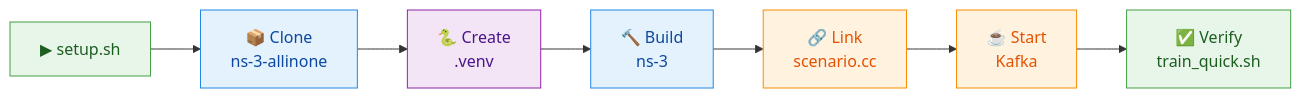
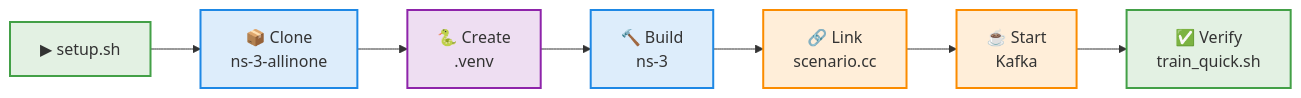
Before and after one commit to ishreyanshkumar/Radio-Cortex: the second of 4 diagrams in README.md, drawn with Mermaid. The commit also changed other lines of this file, not shown here.

````diff
--- a/README.md
+++ b/README.md
@@ -284,17 +284,17 @@
 ```mermaid
 flowchart LR
     A["▶ setup.sh"] --> B["📦 Clone\nns-3-allinone"]
     B --> C["🐍 Create\n.venv"]
     C --> D["🔨 Build\nns-3"]
     D --> E["🔗 Link\nscenario.cc"]
     E --> F["☕ Start\nKafka"]
     F --> G["✅ Verify\ntrain_quick.sh"]
 
-    style A fill:#e8f5e9,stroke:#43a047,color:#1b5e20
-    style B fill:#e3f2fd,stroke:#1e88e5,color:#0d47a1
-    style C fill:#f3e5f5,stroke:#8e24aa,color:#4a148c
-    style D fill:#e3f2fd,stroke:#1e88e5,color:#0d47a1
-    style E fill:#fff3e0,stroke:#fb8c00,color:#e65100
-    style F fill:#fff3e0,stroke:#fb8c00,color:#e65100
-    style G fill:#e8f5e9,stroke:#43a047,color:#1b5e20
+    style A fill:#43a047,fill-opacity:0.15,stroke:#43a047,stroke-width:2px
+    style B fill:#1e88e5,fill-opacity:0.15,stroke:#1e88e5,stroke-width:2px
+    style C fill:#8e24aa,fill-opacity:0.15,stroke:#8e24aa,stroke-width:2px
+    style D fill:#1e88e5,fill-opacity:0.15,stroke:#1e88e5,stroke-width:2px
+    style E fill:#fb8c00,fill-opacity:0.15,stroke:#fb8c00,stroke-width:2px
+    style F fill:#fb8c00,fill-opacity:0.15,stroke:#fb8c00,stroke-width:2px
+    style G fill:#43a047,fill-opacity:0.15,stroke:#43a047,stroke-width:2px
 ```
````
